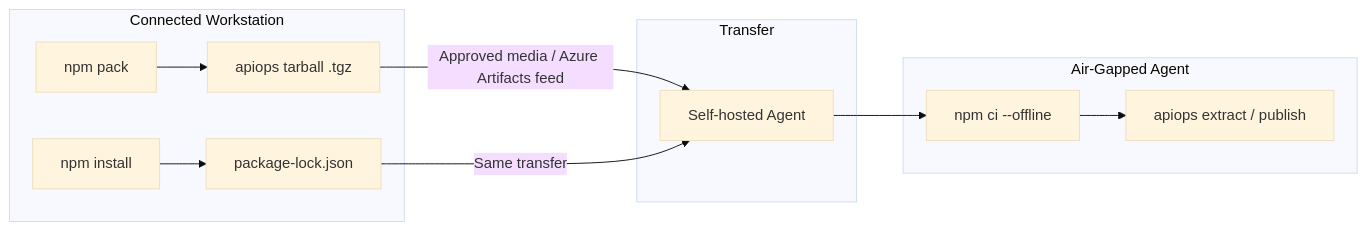
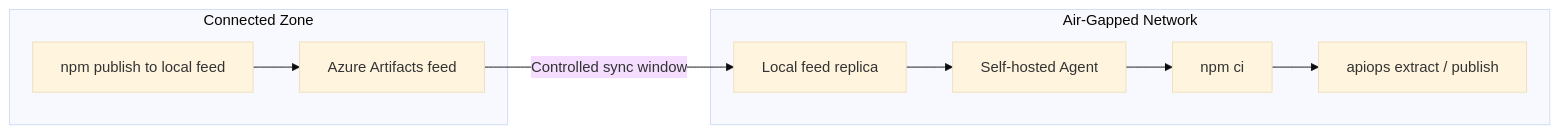
One commit to Azure/apiops-cli changed the diagram in docs/walkthrough/air-gapped-azure-devops.md. Above: the diagram before and after it, drawn with Mermaid (base theme). The commit also changed other lines of this file and 1 other file, not shown here.

First line of the commit message:
feat: revise air-gapped Azure DevOps doc per PR feedback

````diff
--- a/docs/walkthrough/air-gapped-azure-devops.md
+++ b/docs/walkthrough/air-gapped-azure-devops.md
@@ -17,15 +17,12 @@
 ```mermaid
 flowchart LR
-    subgraph Connected Workstation
-        A[npm pack] --> B[apiops tarball .tgz]
-        C[npm install] --> D[package-lock.json]
+    subgraph Connected Zone
+        A[npm publish to local feed] --> B[Azure Artifacts feed]
     end
-    subgraph Transfer
-        B -->|Approved media / Azure Artifacts feed| E[Self-hosted Agent]
-        D -->|Same transfer| E
-    end
-    subgraph Air-Gapped Agent
-        E --> F[npm ci --offline]
-        F --> G[apiops extract / publish]
+    subgraph Air-Gapped Network
+        B -->|Controlled sync window| C[Local feed replica]
+        C --> D[Self-hosted Agent]
+        D --> E[npm ci]
+        E --> F[apiops extract / publish]
     end
 ```
````
